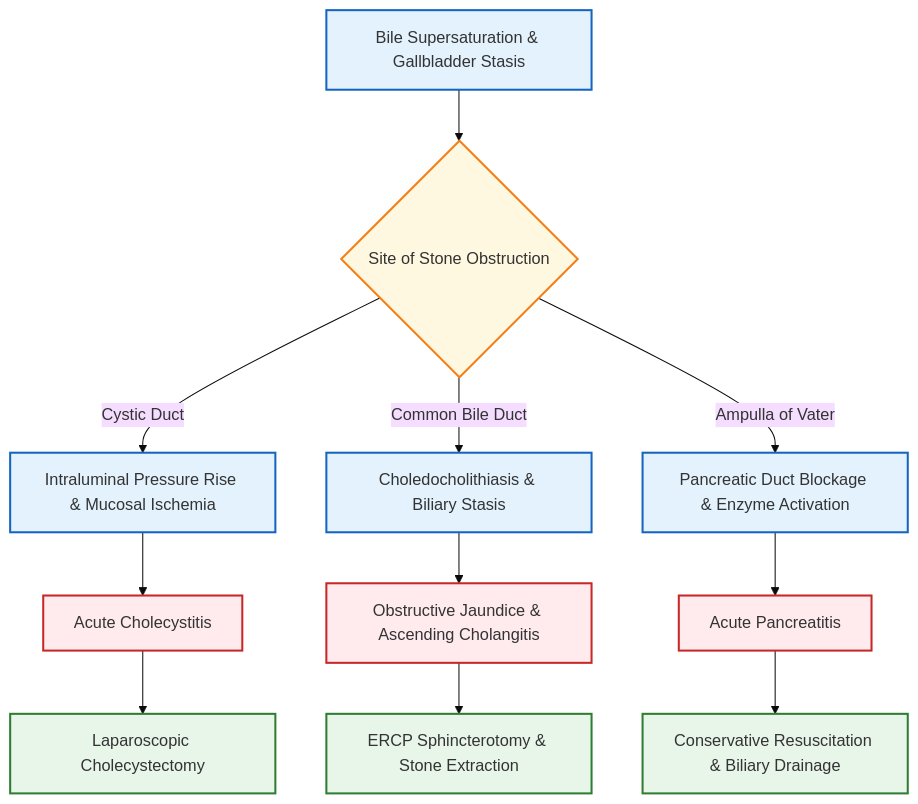
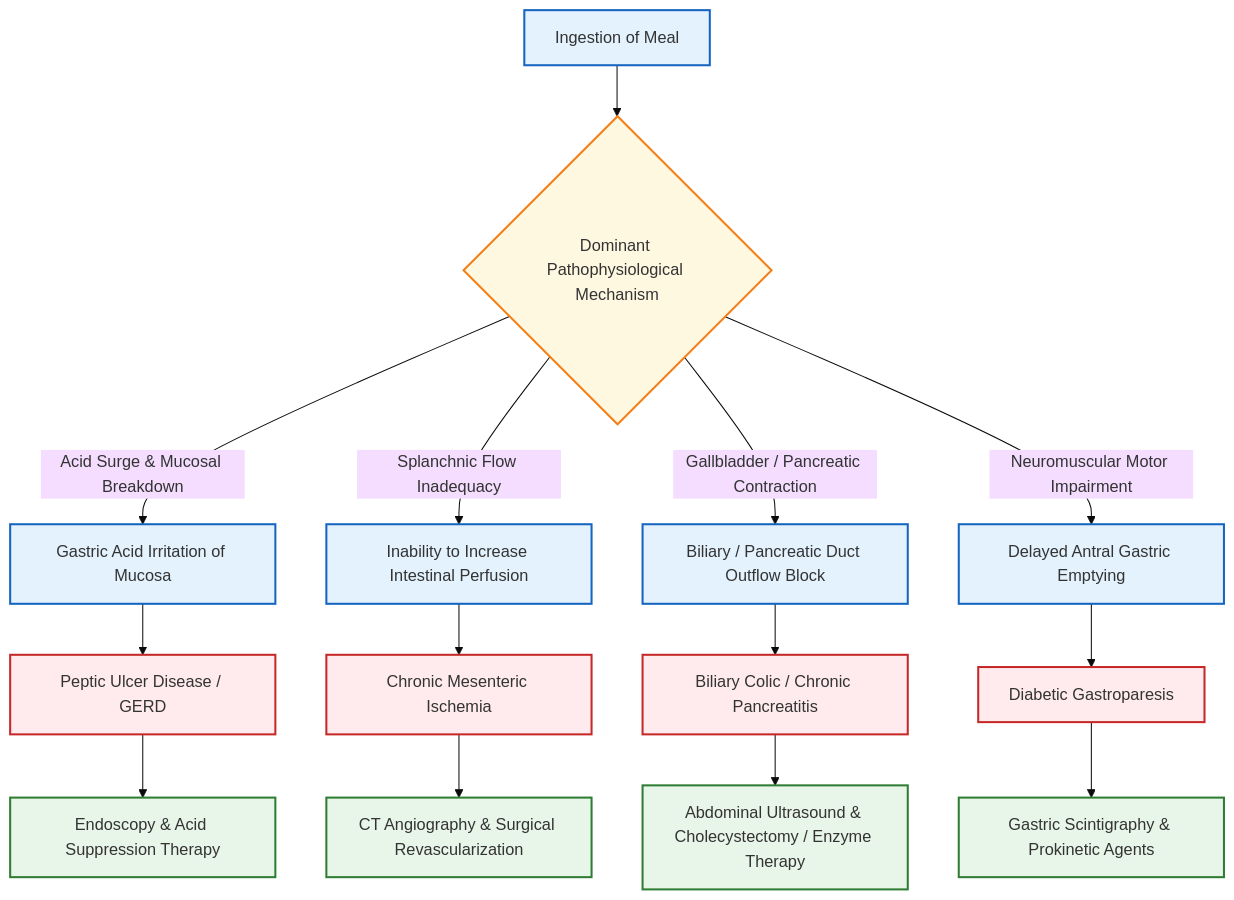
Before and after one commit to Shashankljain/Nothing: the diagram in Untitled 2.md, drawn with Mermaid (base theme). The commit also changed other lines of this file and 2 other files, not shown here.

````diff
--- a/Untitled 2.md
+++ b/Untitled 2.md
@@ -35,19 +31,22 @@
 ```mermaid
 flowchart TD
 
 classDef primary fill:#e3f2fd,stroke:#1565c0,stroke-width:2px
 classDef danger fill:#ffebee,stroke:#c62828,stroke-width:2px
 classDef success fill:#e8f5e9,stroke:#2e7d32,stroke-width:2px
 classDef warning fill:#fff8e1,stroke:#f57f17,stroke-width:2px
 
-A[Bile Supersaturation & Gallbladder Stasis]:::primary --> B{Site of Stone Obstruction}:::warning
-B -->|Cystic Duct| C[Intraluminal Pressure Rise & Mucosal Ischemia]:::primary
-C --> D[Acute Cholecystitis]:::danger
-B -->|Common Bile Duct| E[Choledocholithiasis & Biliary Stasis]:::primary
-E --> F[Obstructive Jaundice & Ascending Cholangitis]:::danger
-B -->|Ampulla of Vater| G[Pancreatic Duct Blockage & Enzyme Activation]:::primary
-G --> H[Acute Pancreatitis]:::danger
-D --> I[Laparoscopic Cholecystectomy]:::success
-F --> J[ERCP Sphincterotomy & Stone Extraction]:::success
-H --> K[Conservative Resuscitation & Biliary Drainage]:::success
+A[Ingestion of Meal]:::primary --> B{Dominant Pathophysiological Mechanism}:::warning
+B -->|Acid Surge & Mucosal Breakdown| C[Gastric Acid Irritation of Mucosa]:::primary
+C --> D[Peptic Ulcer Disease / GERD]:::danger
+B -->|Splanchnic Flow Inadequacy| E[Inability to Increase Intestinal Perfusion]:::primary
+E --> F[Chronic Mesenteric Ischemia]:::danger
+B -->|Gallbladder / Pancreatic Contraction| G[Biliary / Pancreatic Duct Outflow Block]:::primary
+G --> H[Biliary Colic / Chronic Pancreatitis]:::danger
+B -->|Neuromuscular Motor Impairment| I[Delayed Antral Gastric Emptying]:::primary
+I --> J[Diabetic Gastroparesis]:::danger
+D --> K[Endoscopy & Acid Suppression Therapy]:::success
+F --> L[CT Angiography & Surgical Revascularization]:::success
+H --> M[Abdominal Ultrasound & Cholecystectomy / Enzyme Therapy]:::success
+J --> N[Gastric Scintigraphy & Prokinetic Agents]:::success
 ```
````
